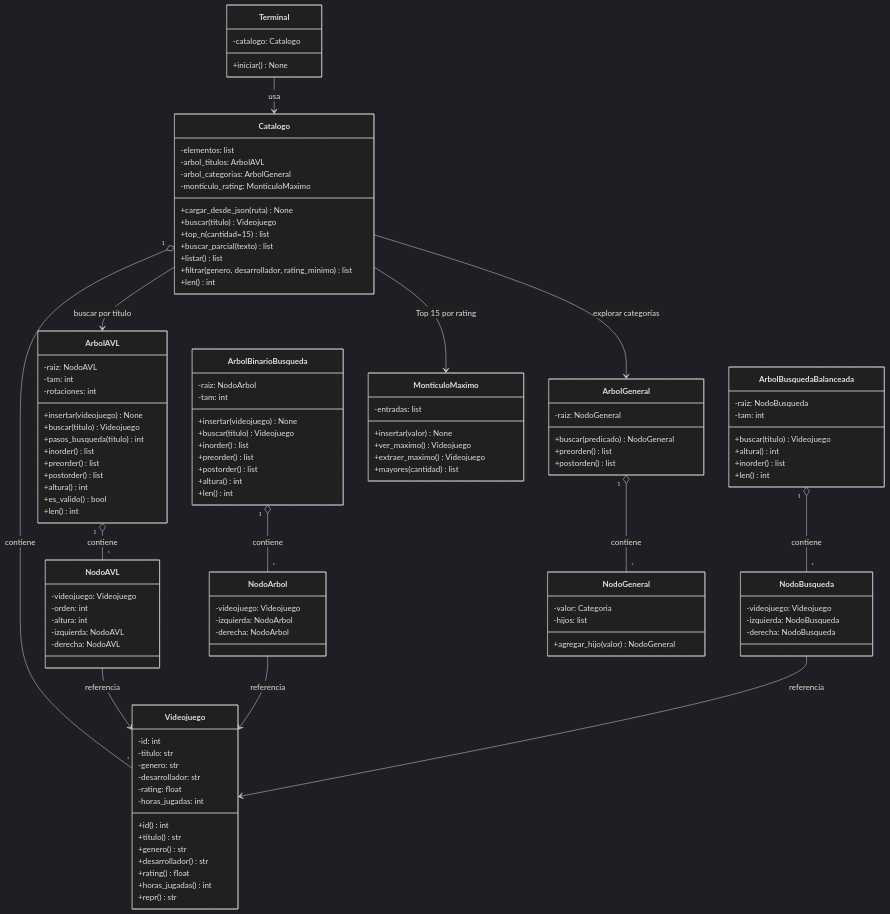
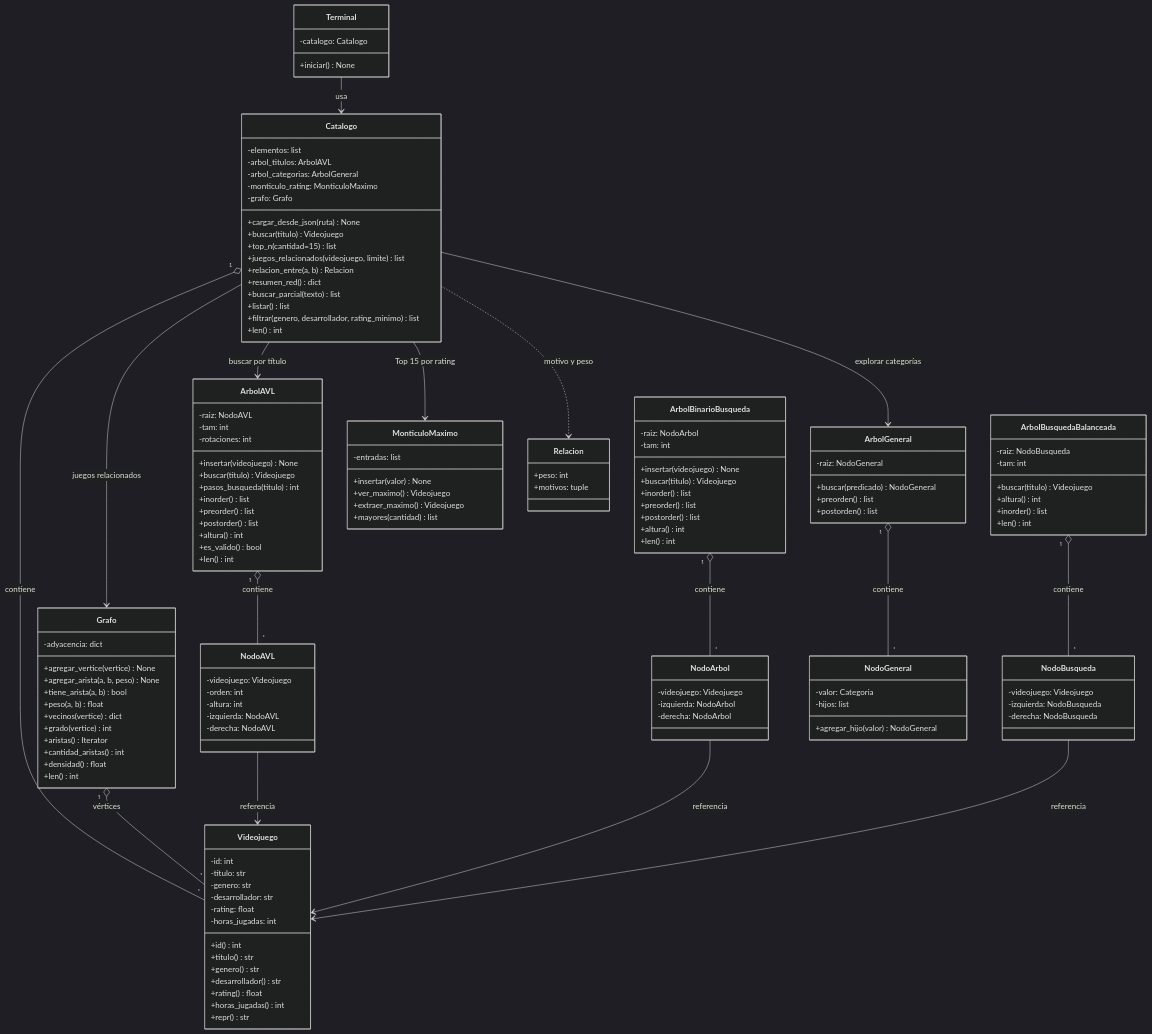
Before and after one commit to Dasein369/tpi_edd2026_recomendador: the diagram in docs/03_diagrama_clases.md, drawn with Mermaid (dark theme). The commit also changed other lines of this file and 13 other files, not shown here.

```diff
--- a/docs/03_diagrama_clases.md
+++ b/docs/03_diagrama_clases.md
@@ -26,9 +27,13 @@
         -arbol_titulos: ArbolAVL
         -arbol_categorias: ArbolGeneral
         -monticulo_rating: MonticuloMaximo
+        -grafo: Grafo
         +cargar_desde_json(ruta) None
         +buscar(titulo) Videojuego
         +top_n(cantidad=15) list
+        +juegos_relacionados(videojuego, limite) list
+        +relacion_entre(a, b) Relacion
+        +resumen_red() dict
         +buscar_parcial(texto) list
         +listar() list
         +filtrar(genero, desarrollador, rating_minimo) list
@@ -104,6 +109,25 @@
         +mayores(cantidad) list
     }
 
+    class Grafo {
+        -adyacencia: dict
+        +agregar_vertice(vertice) None
+        +agregar_arista(a, b, peso) None
+        +tiene_arista(a, b) bool
+        +peso(a, b) float
+        +vecinos(vertice) dict
+        +grado(vertice) int
+        +aristas() Iterator
+        +cantidad_aristas() int
+        +densidad() float
+        +len() int
+    }
+
+    class Relacion {
+        +peso: int
+        +motivos: tuple
+    }
+
     class ArbolGeneral {
         -raiz: NodoGeneral
         +buscar(predicado) NodoGeneral
@@ -122,6 +146,9 @@
     Catalogo --> ArbolAVL : buscar por título
     Catalogo --> ArbolGeneral : explorar categorías
     Catalogo --> MonticuloMaximo : Top 15 por rating
+    Catalogo --> Grafo : juegos relacionados
+    Grafo "1" o-- "*" Videojuego : vértices
+    Catalogo ..> Relacion : motivo y peso
     ArbolGeneral "1" o-- "*" NodoGeneral : contiene
     ArbolAVL "1" o-- "*" NodoAVL : contiene
     NodoAVL --> Videojuego : referencia
```
